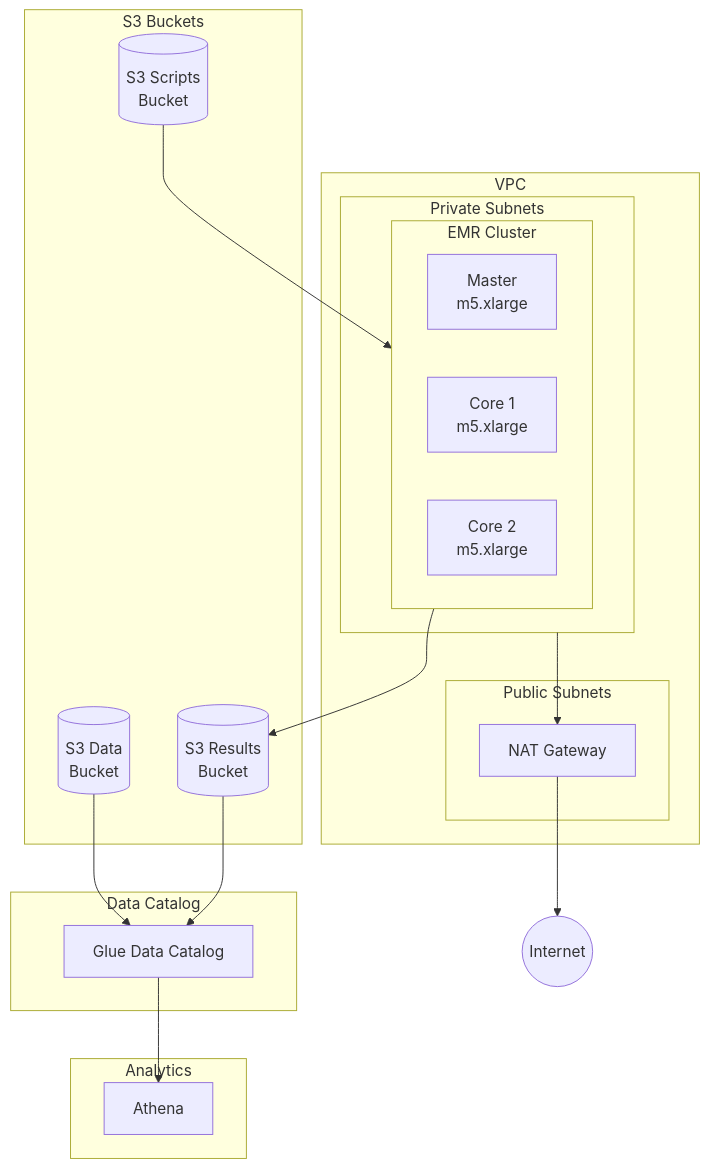
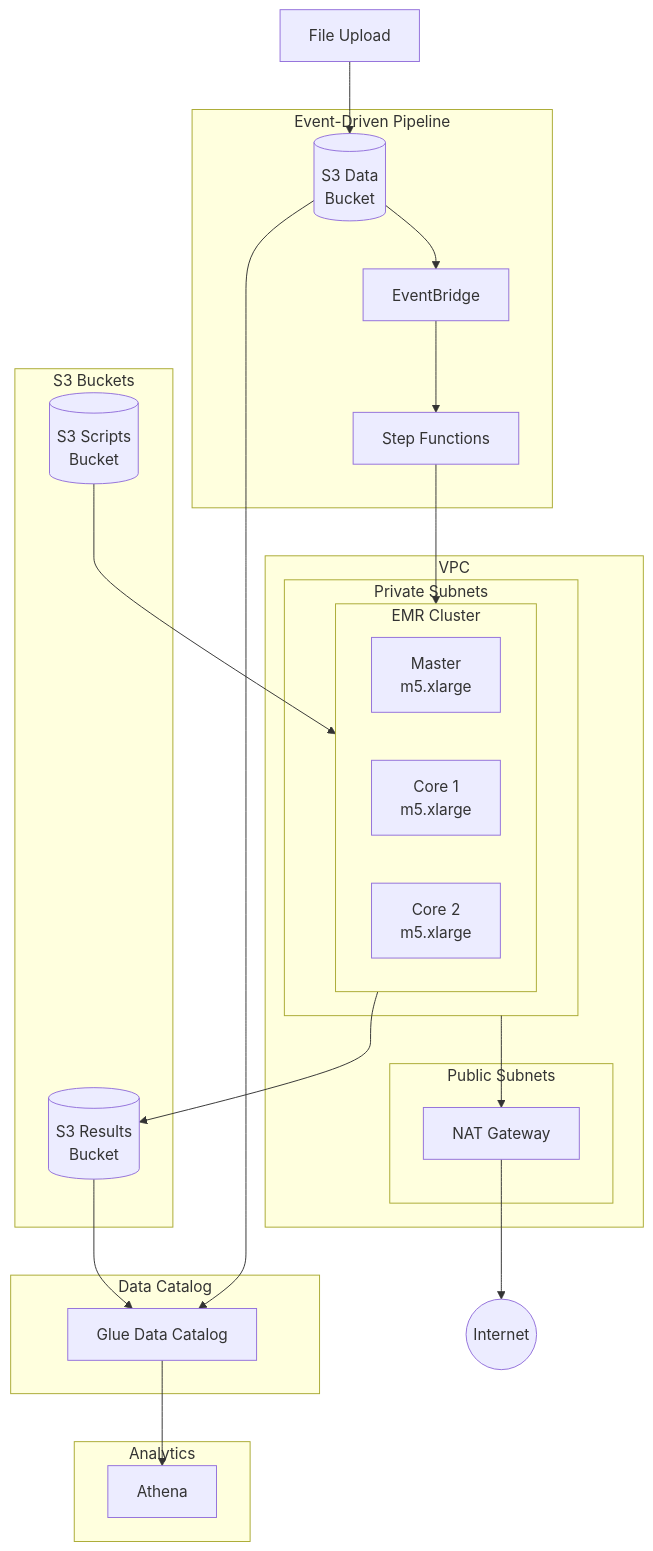
The first of 2 diagrams in packages/docs/docs/architecture/aws.md (caverac/insurance-fraud-detection), drawn with Mermaid before and after one commit. The commit also changed other lines of this file and 14 other files, not shown here.

````diff
--- a/packages/docs/docs/architecture/aws.md
+++ b/packages/docs/docs/architecture/aws.md
@@ -9,38 +9,45 @@
 ```mermaid
 flowchart TB
+    Upload[File Upload] --> S3Data
+
+    subgraph EventDriven[Event-Driven Pipeline]
+        S3Data[(S3 Data<br/>Bucket)] --> EventBridge[EventBridge]
+        EventBridge --> StepFunctions[Step Functions]
+    end
+
     subgraph VPC[VPC]
         subgraph Private[Private Subnets]
             subgraph EMR[EMR Cluster]
                 Master[Master<br/>m5.xlarge]
                 Core1[Core 1<br/>m5.xlarge]
                 Core2[Core 2<br/>m5.xlarge]
             end
         end
         subgraph Public[Public Subnets]
             NAT[NAT Gateway]
         end
     end
 
     subgraph Storage[S3 Buckets]
-        S3Data[(S3 Data<br/>Bucket)]
         S3Results[(S3 Results<br/>Bucket)]
         S3Scripts[(S3 Scripts<br/>Bucket)]
     end
 
     subgraph Catalog[Data Catalog]
         Glue[Glue Data Catalog]
     end
 
     subgraph Analytics[Analytics]
         Athena[Athena]
     end
 
+    StepFunctions --> EMR
     Private --> NAT
     NAT --> Internet((Internet))
 
     S3Data --> Glue
     S3Results --> Glue
     S3Scripts --> EMR
     EMR --> S3Results
     Glue --> Athena
 ```
````
